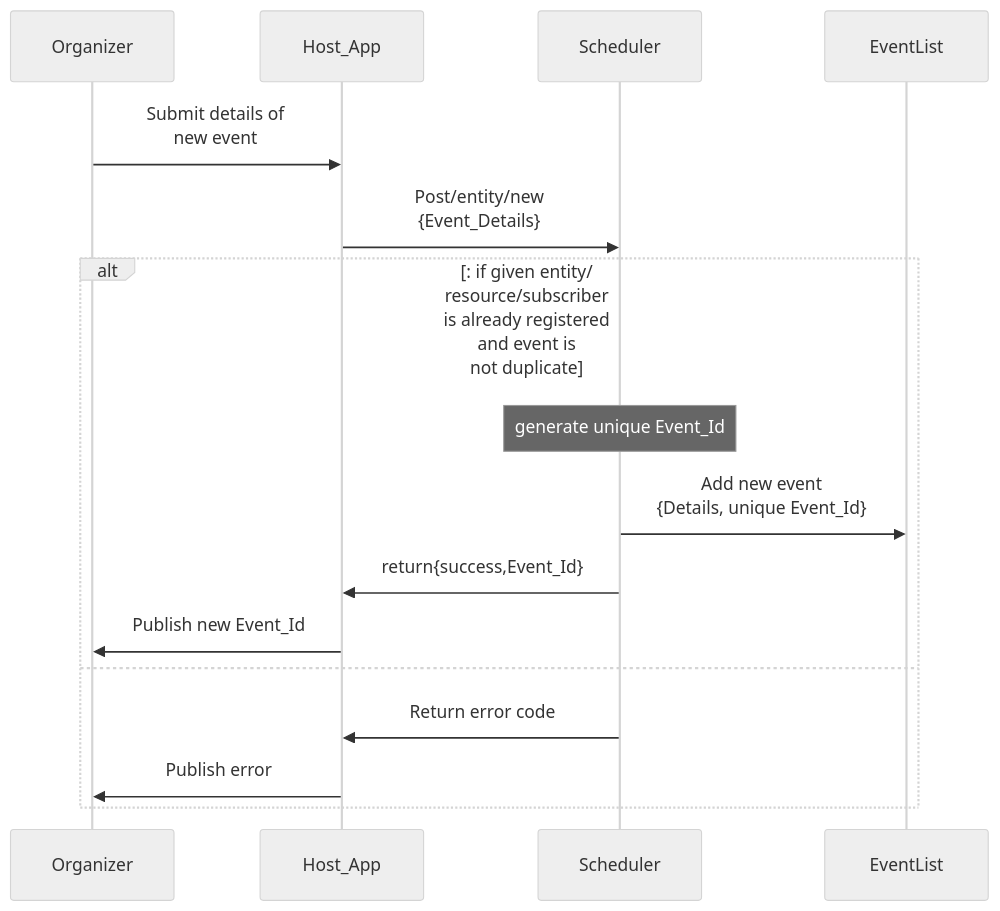
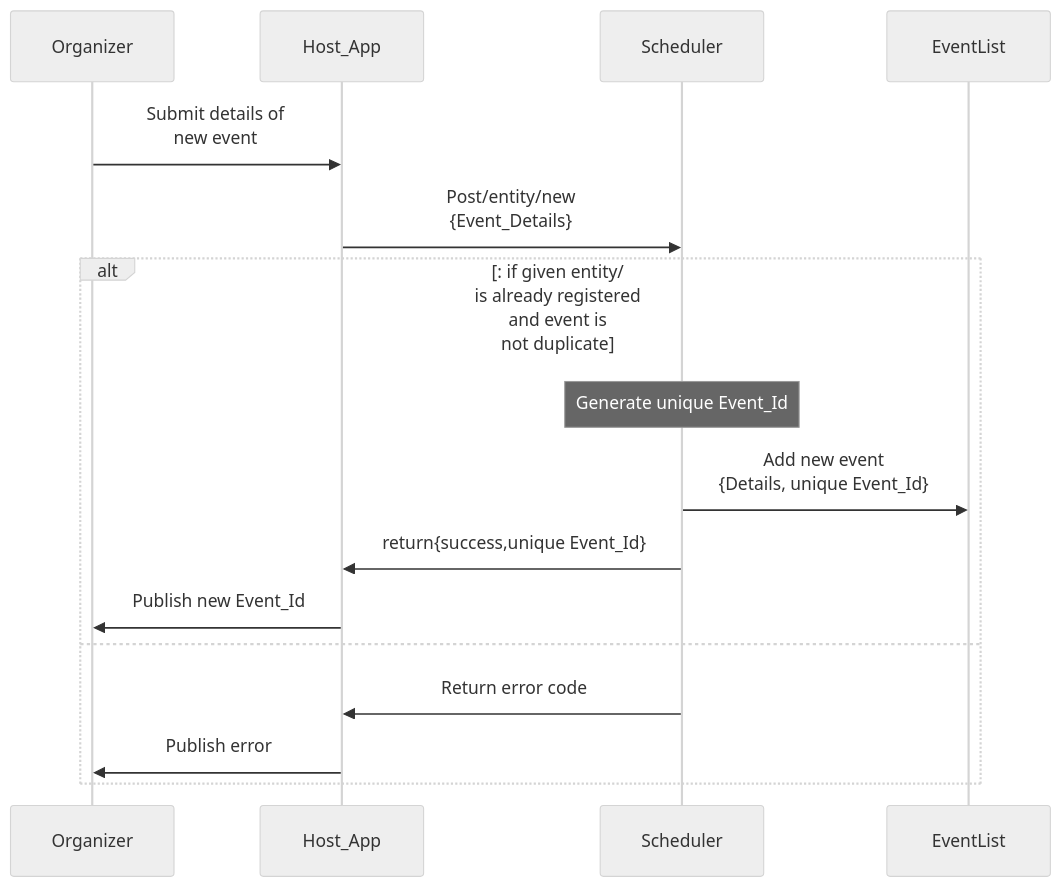
The first of 14 diagrams in spec/9-workflows.md (GovStackWorkingGroup/scheduler), drawn with Mermaid (neutral theme) before and after one commit. The commit also changed other lines of this file and 5 other files, not shown here.

````diff
--- a/spec/9-workflows.md
+++ b/spec/9-workflows.md
@@ -54,15 +56,15 @@
 ```mermaid
 sequenceDiagram
 
 Organizer->>Host_App: Submit details of <br>new event 
 Host_App->>Scheduler: Post/entity/new<br> {Event_Details}
-alt: if given entity/<br>resource/subscriber<br>is already registered <br>and event is<br> not duplicate
-  note over Scheduler: generate unique Event_Id
-Scheduler->>EventList:Add new event <br>{Details, unique Event_Id} 
-  Scheduler->>Host_App:return{success,Event_Id}
+alt: if given entity/<br>is already registered <br>and event is<br> not duplicate
+  note over Scheduler: Generate unique Event_Id
+  Scheduler->>EventList: Add new event <br>{Details, unique Event_Id} 
+  Scheduler->>Host_App:return{success,unique Event_Id}
   Host_App->>Organizer: Publish new Event_Id
 else 
   Scheduler->>Host_App: Return error code
   Host_App->>Organizer: Publish error
 end
 ```
````
